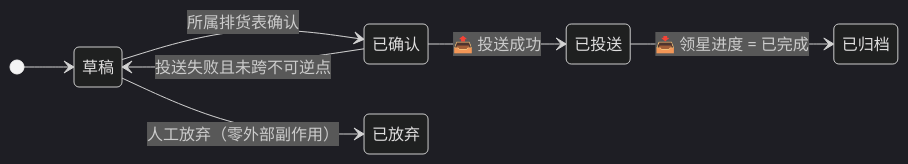
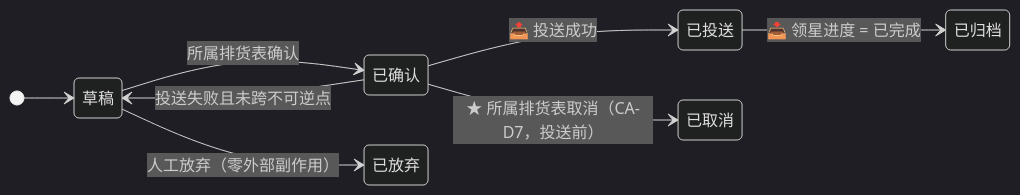
Before and after one commit to DuoWeiTree/service_supplychain: the third of 3 diagrams in docs/04-状态流转.md, drawn with Mermaid (dark theme). The commit also changed other lines of this file and 223 other files, not shown here.

````diff
--- a/docs/04-状态流转.md
+++ b/docs/04-状态流转.md
@@ -645,16 +651,18 @@
 ```mermaid
 stateDiagram-v2
     direction LR
     state "草稿" as draft
     state "已确认" as confirmed
     state "已投送" as dispatched
     state "已归档" as closed
     state "已放弃" as abandoned
+    state "已取消" as cancelled
     [*] --> draft
 
     draft --> confirmed : 所属排货表确认
+    confirmed --> cancelled : ★ 所属排货表取消（CA-D7，投送前）
     confirmed --> dispatched : 📤 投送成功
     confirmed --> draft : 投送失败且未跨不可逆点
     dispatched --> closed : 📥 领星进度 = 已完成
     draft --> abandoned : 人工放弃（零外部副作用）
 ```
````
